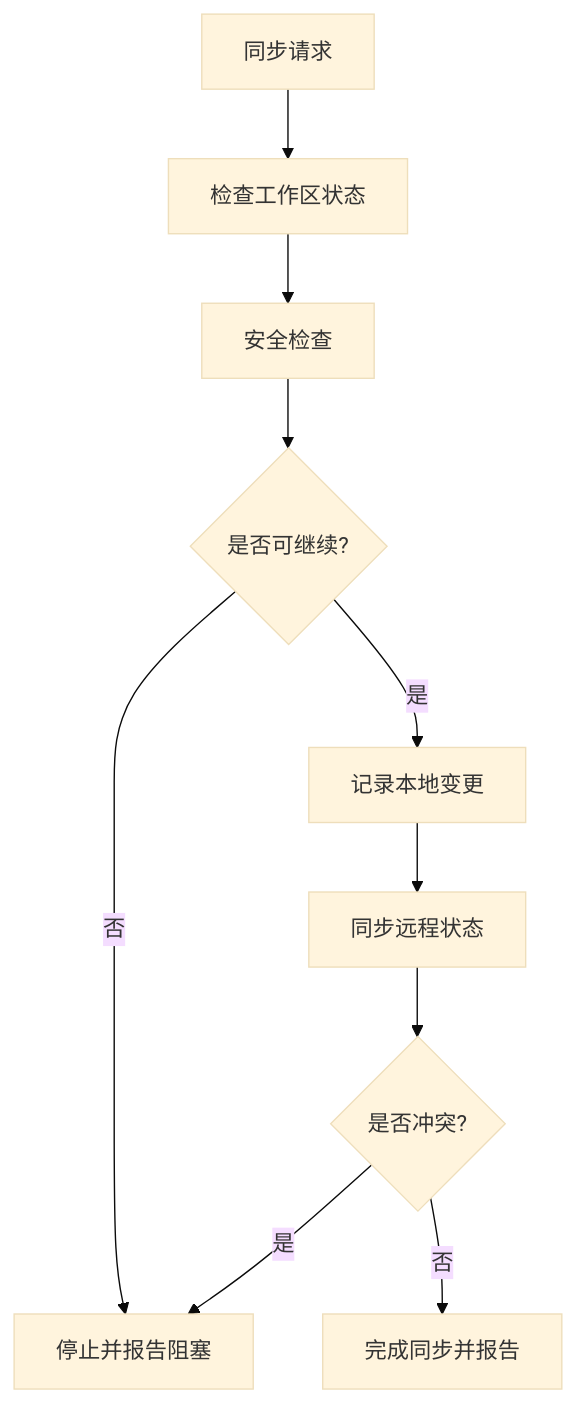
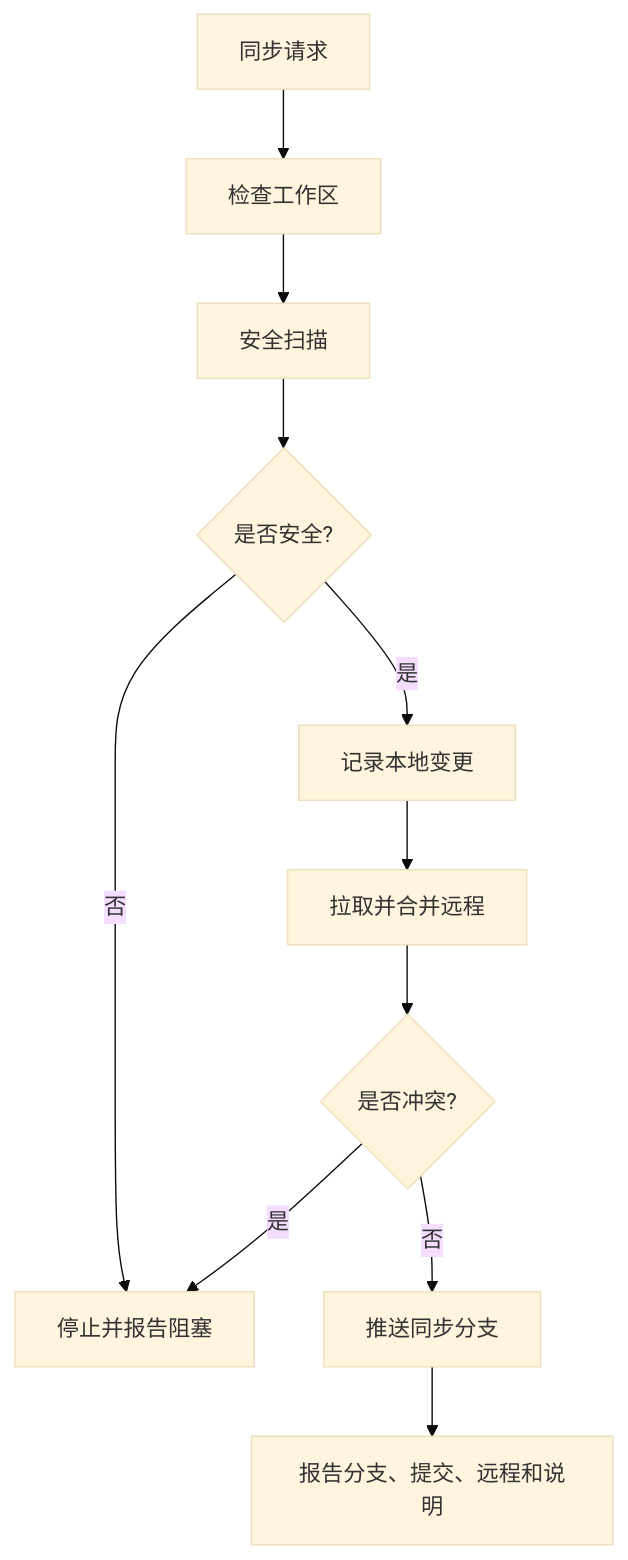
The fourth of 4 diagrams in README_CN.md (siyrs/dev-baseline), drawn with Mermaid (base theme) before and after one commit. The commit also changed other lines of this file, not shown here.

Commit message:
docs: update Chinese task flow for custom agents

````diff
--- a/README_CN.md
+++ b/README_CN.md
@@ -108,12 +109,13 @@
 ```mermaid
 flowchart TD
-  A[同步请求] --> B[检查工作区状态]
-  B --> C[安全检查]
-  C --> D{是否可继续?}
+  A[同步请求] --> B[检查工作区]
+  B --> C[安全扫描]
+  C --> D{是否安全?}
   D -->|否| E[停止并报告阻塞]
   D -->|是| F[记录本地变更]
-  F --> G[同步远程状态]
+  F --> G[拉取并合并远程]
   G --> H{是否冲突?}
   H -->|是| E
-  H -->|否| I[完成同步并报告]
+  H -->|否| I[推送同步分支]
+  I --> J[报告分支、提交、远程和说明]
 ```
````
